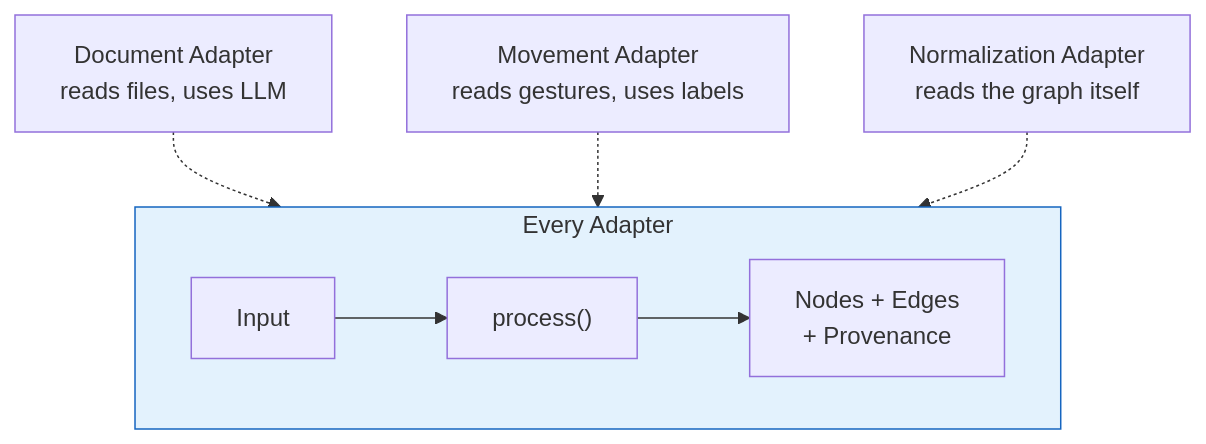
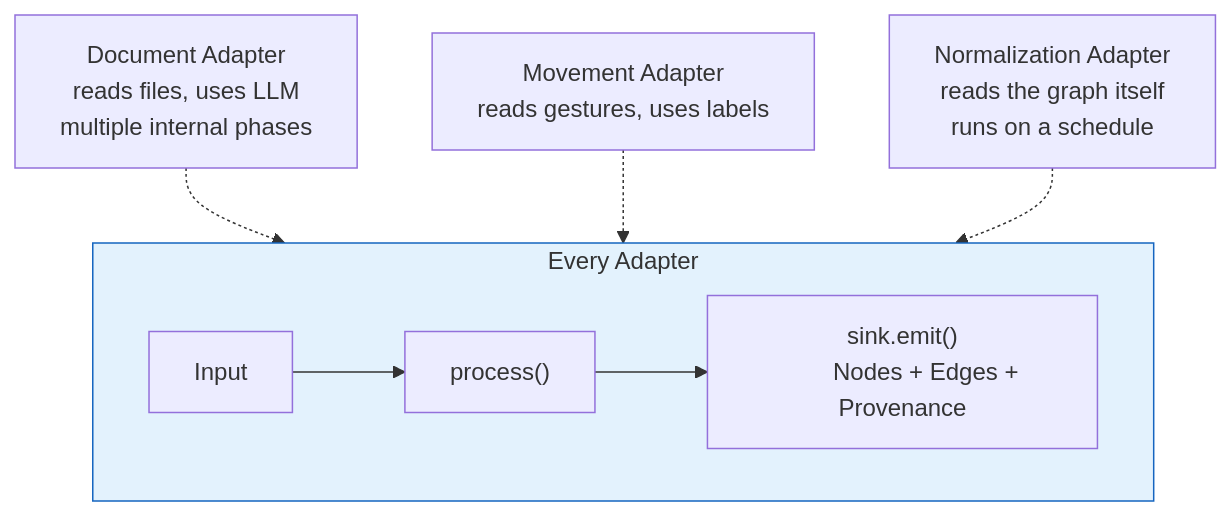
One commit to nrgforge/plexus changed the third of 8 diagrams in docs/semantic-adapters-overview.md. Above: the diagram before and after it, drawn with Mermaid. The commit also changed other lines of this file and 2 other files, not shown here.

First line of the commit message:
docs: revise adapter design — coarse-grained, sink-based, scheduled

````diff
--- a/docs/semantic-adapters-overview.md
+++ b/docs/semantic-adapters-overview.md
@@ -62,17 +62,19 @@
 ```mermaid
 flowchart TB
     subgraph trait ["Every Adapter"]
         direction LR
-        IN["Input"] --> PROCESS["process()"] --> OUT["Nodes + Edges
-        + Provenance"]
+        IN["Input"] --> PROCESS["process()"] --> SINK["sink.emit()
+        Nodes + Edges + Provenance"]
     end
 
     DA["Document Adapter
-    reads files, uses LLM"] -.-> trait
+    reads files, uses LLM
+    multiple internal phases"] -.-> trait
     MA["Movement Adapter
     reads gestures, uses labels"] -.-> trait
     NA["Normalization Adapter
-    reads the graph itself"] -.-> trait
+    reads the graph itself
+    runs on a schedule"] -.-> trait
 
     style trait fill:#e3f2fd,stroke:#1565c0
 ```
````
